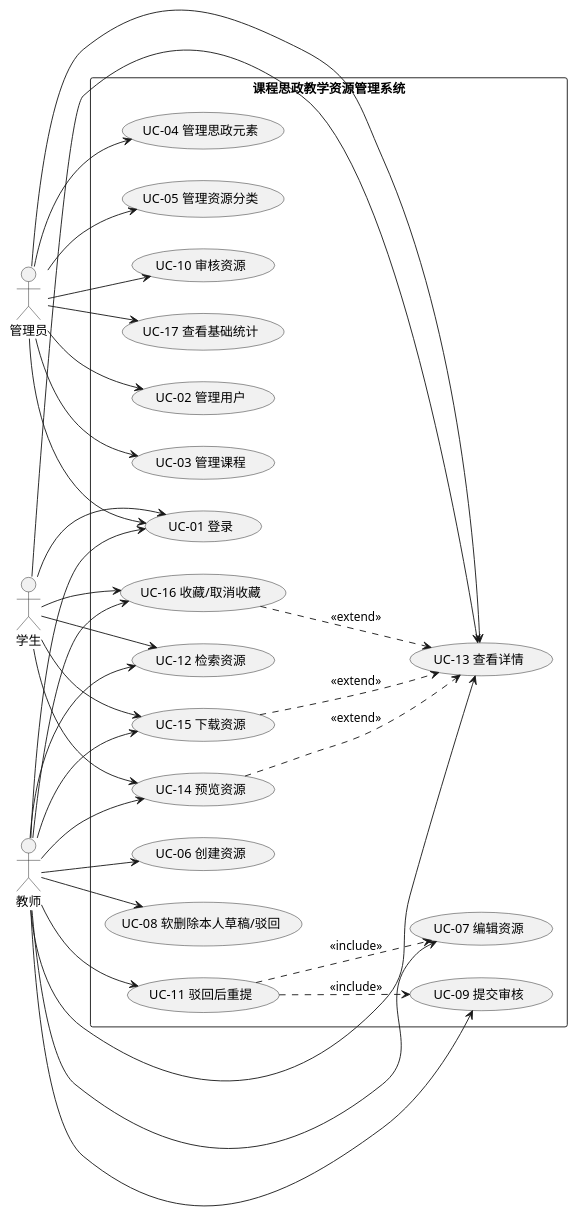
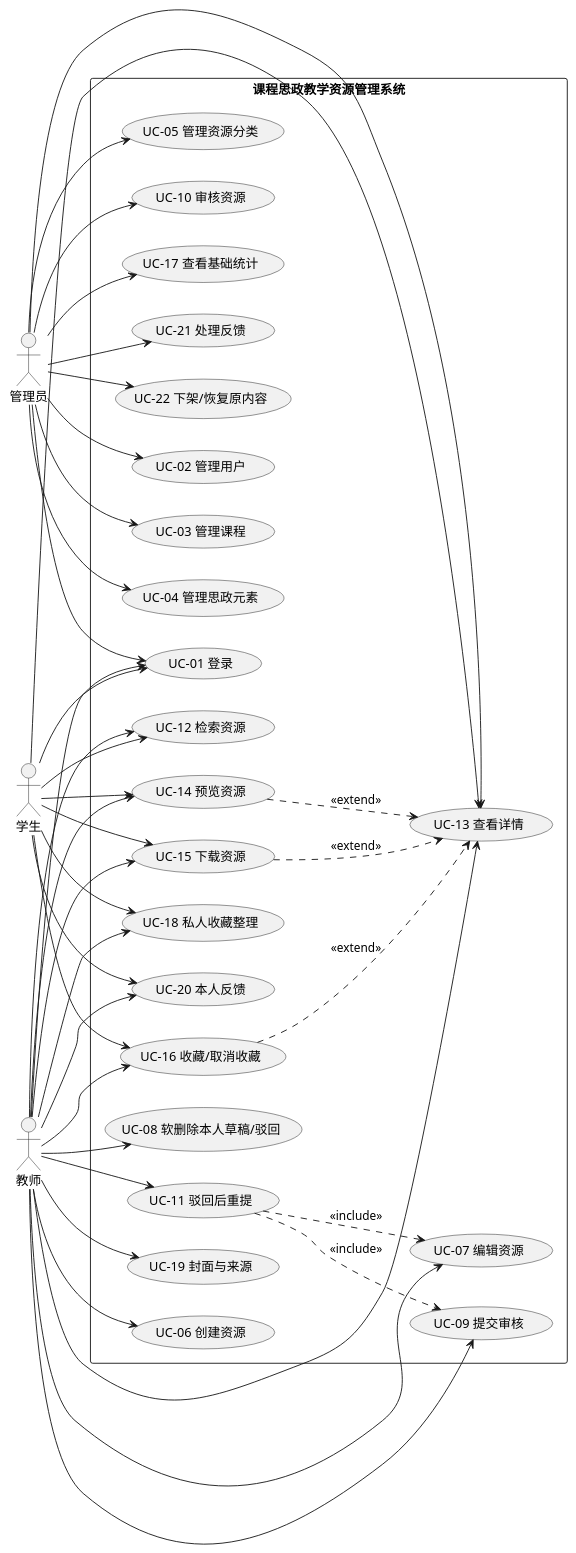
The diagram in docs/03-用例规约.md (snowlei1/Management-System), drawn with PlantUML before and after one commit. The commit also changed other lines of this file and 48 other files, not shown here.

Commit message:
Complete private resource feedback and publication governance

````diff
--- a/docs/03-用例规约.md
+++ b/docs/03-用例规约.md
@@ -159,57 +178,69 @@
 ```plantuml
 @startuml
 left to right direction
 actor 管理员 as Admin
 actor 教师 as Teacher
 actor 学生 as Student
 rectangle 课程思政教学资源管理系统 {
   usecase "UC-01 登录" as Login
   usecase "UC-02 管理用户" as Users
   usecase "UC-03 管理课程" as Courses
   usecase "UC-04 管理思政元素" as Elements
   usecase "UC-05 管理资源分类" as Categories
   usecase "UC-06 创建资源" as Create
   usecase "UC-07 编辑资源" as Edit
   usecase "UC-08 软删除本人草稿/驳回" as Remove
   usecase "UC-09 提交审核" as Submit
   usecase "UC-10 审核资源" as Audit
   usecase "UC-11 驳回后重提" as Resubmit
   usecase "UC-12 检索资源" as Search
   usecase "UC-13 查看详情" as Detail
   usecase "UC-14 预览资源" as Preview
   usecase "UC-15 下载资源" as Download
   usecase "UC-16 收藏/取消收藏" as Favorite
   usecase "UC-17 查看基础统计" as Statistics
+  usecase "UC-18 私人收藏整理" as Folder
+  usecase "UC-19 封面与来源" as Metadata
+  usecase "UC-20 本人反馈" as Feedback
+  usecase "UC-21 处理反馈" as HandleFeedback
+  usecase "UC-22 下架/恢复原内容" as Publication
 }
 Admin --> Login
 Teacher --> Login
 Student --> Login
 Admin --> Users
 Admin --> Courses
 Admin --> Elements
 Admin --> Categories
 Admin --> Audit
 Admin --> Statistics
+Admin --> HandleFeedback
+Admin --> Publication
+Teacher --> Folder
+Student --> Folder
+Teacher --> Metadata
+Teacher --> Feedback
+Student --> Feedback
 Teacher --> Create
 Teacher --> Edit
 Teacher --> Remove
 Teacher --> Submit
 Teacher --> Resubmit
 Teacher --> Favorite
 Student --> Favorite
 Teacher --> Search
 Student --> Search
 Admin --> Detail
 Teacher --> Detail
 Student --> Detail
 Teacher --> Preview
 Student --> Preview
 Teacher --> Download
 Student --> Download
 Resubmit ..> Edit : <<include>>
 Resubmit ..> Submit : <<include>>
 Preview ..> Detail : <<extend>>
 Download ..> Detail : <<extend>>
 Favorite ..> Detail : <<extend>>
 @enduml
 ```
````
